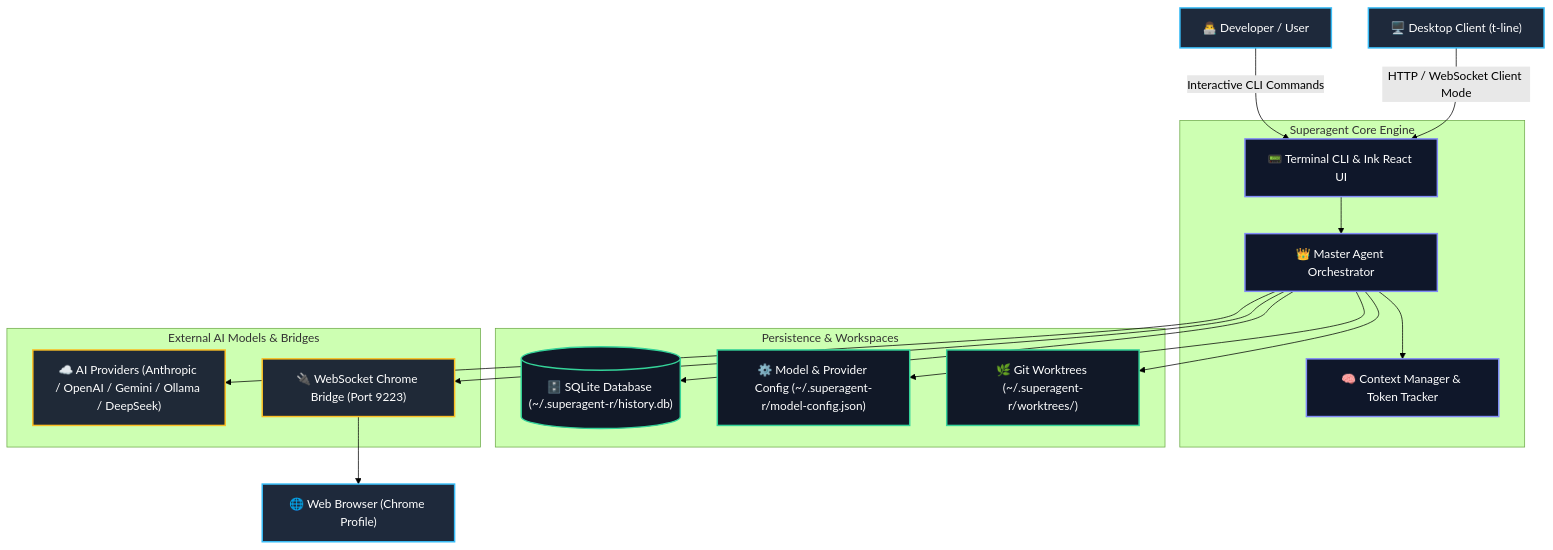
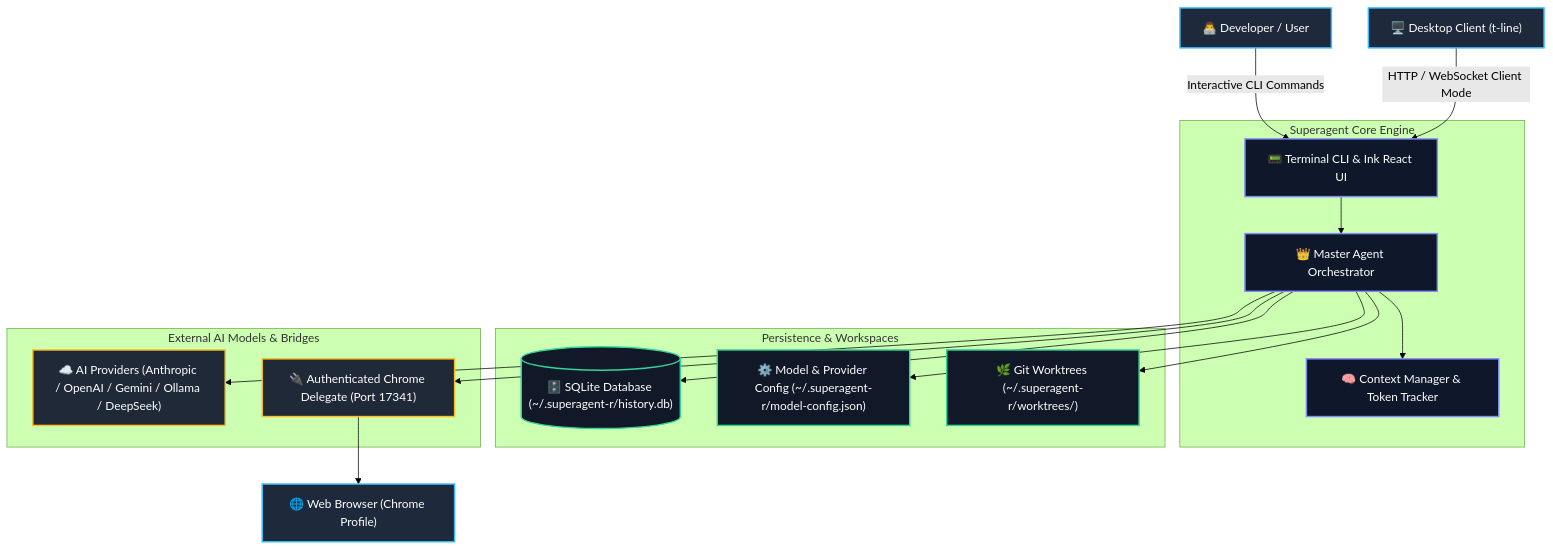
Before and after one commit to RudyCity/superagent: the first of 2 diagrams in docs/wiki/01-architecture-overview.md, drawn with Mermaid (forest theme). The commit also changed other lines of this file and 50 other files, not shown here.

````diff
--- a/docs/wiki/01-architecture-overview.md
+++ b/docs/wiki/01-architecture-overview.md
@@ -35,39 +35,39 @@
 ```mermaid
 graph TD
     classDef actor fill:#1e293b,stroke:#38bdf8,stroke-width:2px,color:#fff;
     classDef system fill:#0f172a,stroke:#818cf8,stroke-width:2px,color:#fff;
     classDef external fill:#1f2937,stroke:#fbbf24,stroke-width:2px,color:#fff;
     classDef db fill:#111827,stroke:#34d399,stroke-width:2px,color:#fff;
 
     Developer["👨‍💻 Developer / User"]:::actor
     Desktop["🖥️ Desktop Client (t-line)"]:::actor
     Browser["🌐 Web Browser (Chrome Profile)"]:::actor
 
     subgraph SuperagentEngine["Superagent Core Engine"]
         CLI["📟 Terminal CLI & Ink React UI"]:::system
         Master["👑 Master Agent Orchestrator"]:::system
         ContextEngine["🧠 Context Manager & Token Tracker"]:::system
     end
 
     subgraph StorageLayer["Persistence & Workspaces"]
         SQLiteDB[("🗄️ SQLite Database (~/.superagent-r/history.db)")]:::db
         JSONConfig["⚙️ Model & Provider Config (~/.superagent-r/model-config.json)"]:::db
         GitWorktrees["🌿 Git Worktrees (~/.superagent-r/worktrees/)"]:::db
     end
 
     subgraph Providers["External AI Models & Bridges"]
         AIProviders["☁️ AI Providers (Anthropic / OpenAI / Gemini / Ollama / DeepSeek)"]:::external
-        RemoteBridge["🔌 WebSocket Chrome Bridge (Port 9223)"]:::external
+        DelegateBridge["🔌 Authenticated Chrome Delegate (Port 17341)"]:::external
     end
 
     Developer -->|Interactive CLI Commands| CLI
     Desktop -->|HTTP / WebSocket Client Mode| CLI
     CLI --> Master
     Master --> ContextEngine
     Master --> SQLiteDB
     Master --> JSONConfig
     Master --> GitWorktrees
     Master --> AIProviders
-    Master --> RemoteBridge
-    RemoteBridge --> Browser
+    Master --> DelegateBridge
+    DelegateBridge --> Browser
 ```
````
